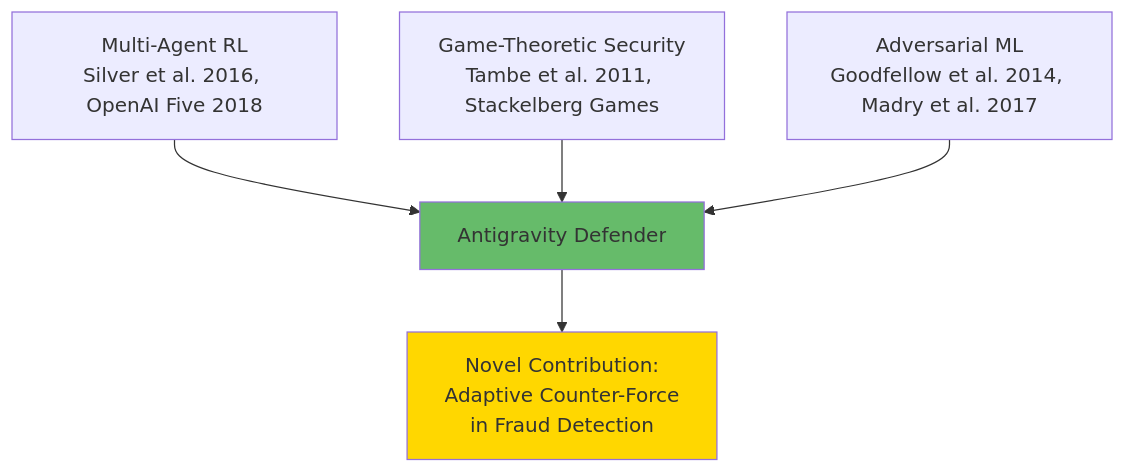
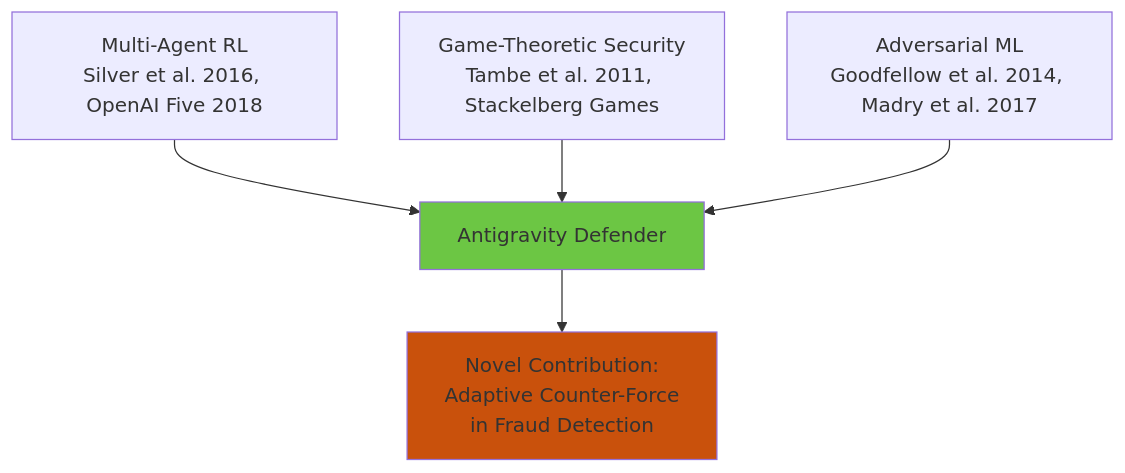
Before and after one commit to HelloCol2/markov-fraud-antigravity: the second of 14 diagrams in README.md, drawn with Mermaid. The commit also changed other lines of this file, not shown here.

````diff
--- a/README.md
+++ b/README.md
@@ -83,11 +82,11 @@
 ```mermaid
 graph TB
     A[Multi-Agent RL<br/>Silver et al. 2016, OpenAI Five 2018] --> D[Antigravity Defender]
     B[Game-Theoretic Security<br/>Tambe et al. 2011, Stackelberg Games] --> D
     C[Adversarial ML<br/>Goodfellow et al. 2014, Madry et al. 2017] --> D
     
     D --> E[Novel Contribution:<br/>Adaptive Counter-Force<br/>in Fraud Detection]
     
-    style D fill:#66bb6a
-    style E fill:#ffd700
+    style D fill:#6cc644
+    style E fill:#c9510c
 ```
````
